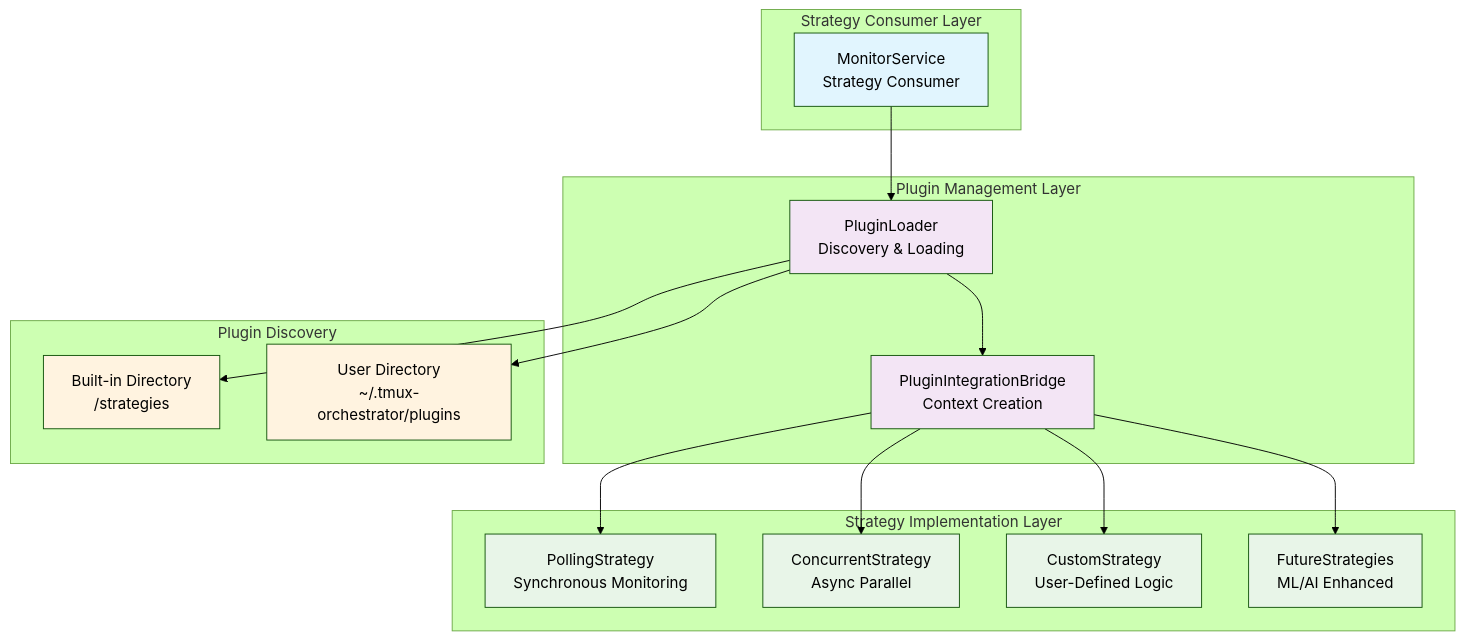
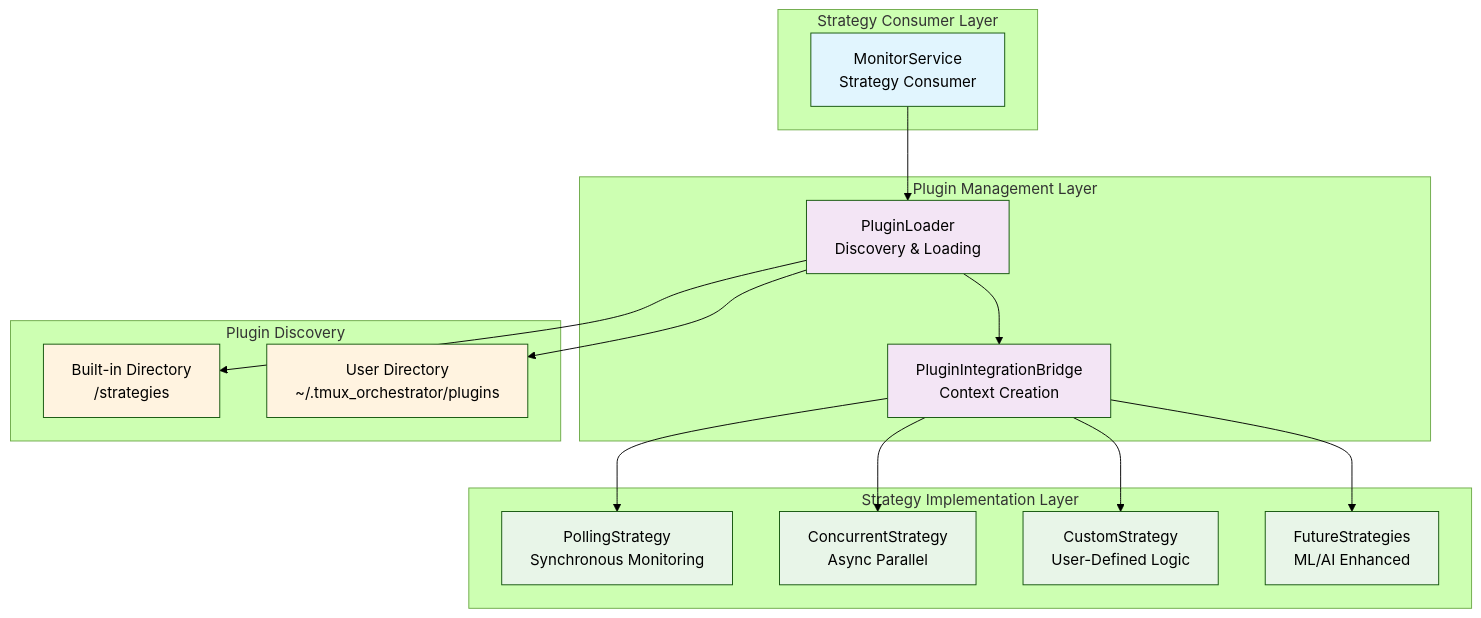
Before and after one commit to EvanSchalton/Tmux-Orchestrator: the diagram in docs/architecture/ADR-003-plugin-architecture.md, drawn with Mermaid (forest theme). The commit also changed other lines of this file and 88 other files, not shown here.

````diff
--- a/docs/architecture/ADR-003-plugin-architecture.md
+++ b/docs/architecture/ADR-003-plugin-architecture.md
@@ -41,39 +41,39 @@
 ```mermaid
 graph TB
     subgraph "Strategy Consumer Layer"
         MS[MonitorService<br/>Strategy Consumer]
     end
 
     subgraph "Plugin Management Layer"
         PL[PluginLoader<br/>Discovery & Loading]
         PIB[PluginIntegrationBridge<br/>Context Creation]
     end
 
     subgraph "Strategy Implementation Layer"
         PS[PollingStrategy<br/>Synchronous Monitoring]
         CS[ConcurrentStrategy<br/>Async Parallel]
         Custom[CustomStrategy<br/>User-Defined Logic]
         Future[FutureStrategies<br/>ML/AI Enhanced]
     end
 
     subgraph "Plugin Discovery"
         BD[Built-in Directory<br/>/strategies]
-        UD[User Directory<br/>~/.tmux-orchestrator/plugins]
+        UD[User Directory<br/>~/.tmux_orchestrator/plugins]
     end
 
     MS --> PL
     PL --> PIB
     PIB --> PS & CS & Custom & Future
     PL --> BD & UD
 
     %% Styling
     classDef consumerLayer fill:#e1f5fe
     classDef managementLayer fill:#f3e5f5
     classDef strategyLayer fill:#e8f5e8
     classDef discoveryLayer fill:#fff3e0
 
     class MS consumerLayer
     class PL,PIB managementLayer
     class PS,CS,Custom,Future strategyLayer
     class BD,UD discoveryLayer
 ```
````
